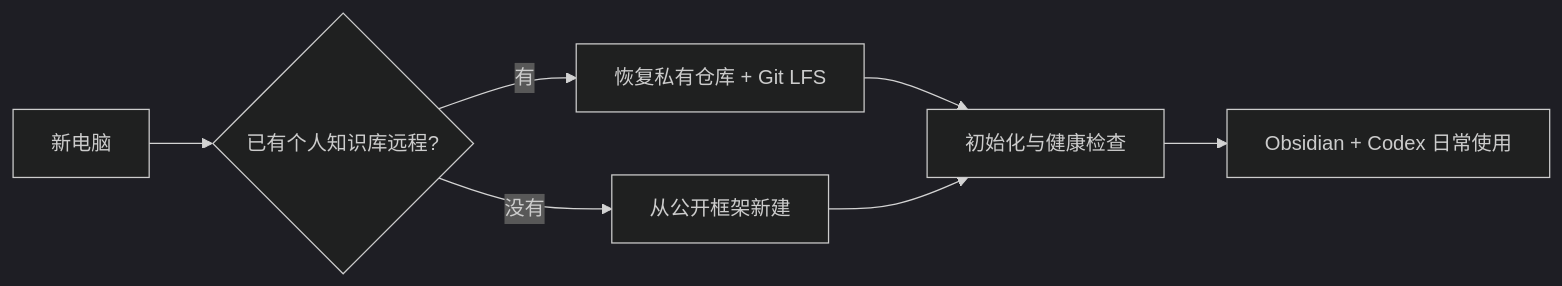
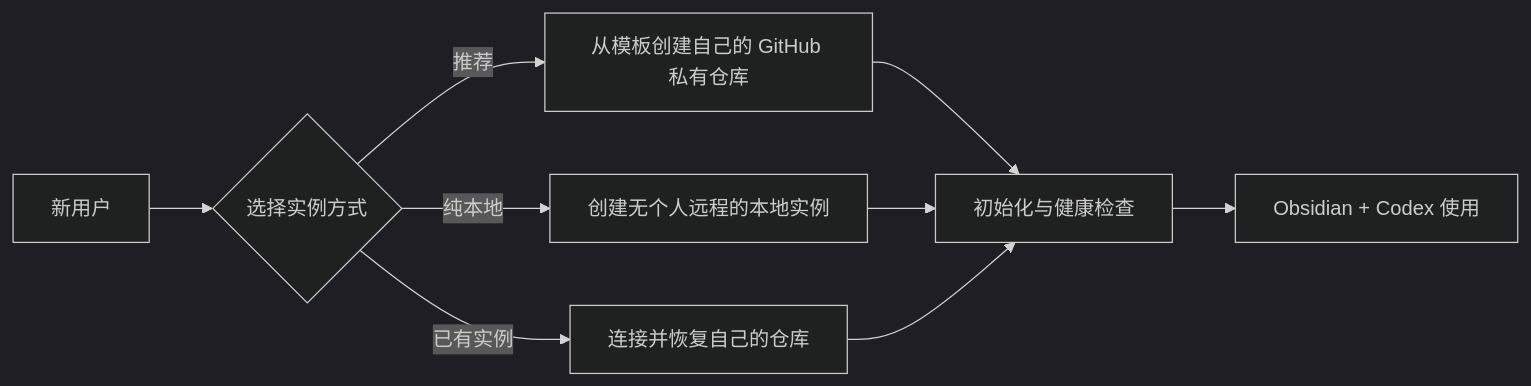
One commit to MaybeToSure/KnowledgeHub-Setup changed the diagram in README.md. Above: the diagram before and after it, drawn with Mermaid (dark theme). The commit also changed other lines of this file and 8 other files, not shown here.

````diff
--- a/README.md
+++ b/README.md
@@ -5,9 +5,11 @@
 ```mermaid
 flowchart LR
-    A["新电脑"] --> B{"已有个人知识库远程?"}
-    B -->|"有"| C["恢复私有仓库 + Git LFS"]
-    B -->|"没有"| D["从公开框架新建"]
-    C --> E["初始化与健康检查"]
-    D --> E
-    E --> F["Obsidian + Codex 日常使用"]
+    A["新用户"] --> B{"选择实例方式"}
+    B -->|"推荐"| C["从模板创建自己的 GitHub 私有仓库"]
+    B -->|"纯本地"| D["创建无个人远程的本地实例"]
+    B -->|"已有实例"| E["连接并恢复自己的仓库"]
+    C --> F["初始化与健康检查"]
+    D --> F
+    E --> F
+    F --> G["Obsidian + Codex 使用"]
 ```
````
